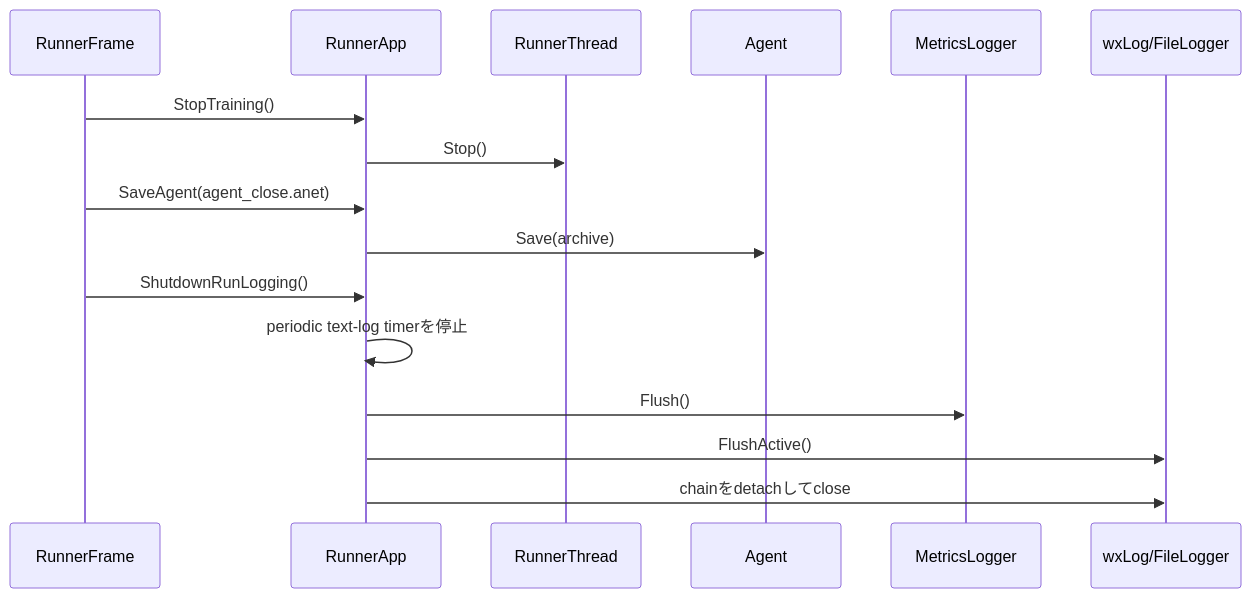
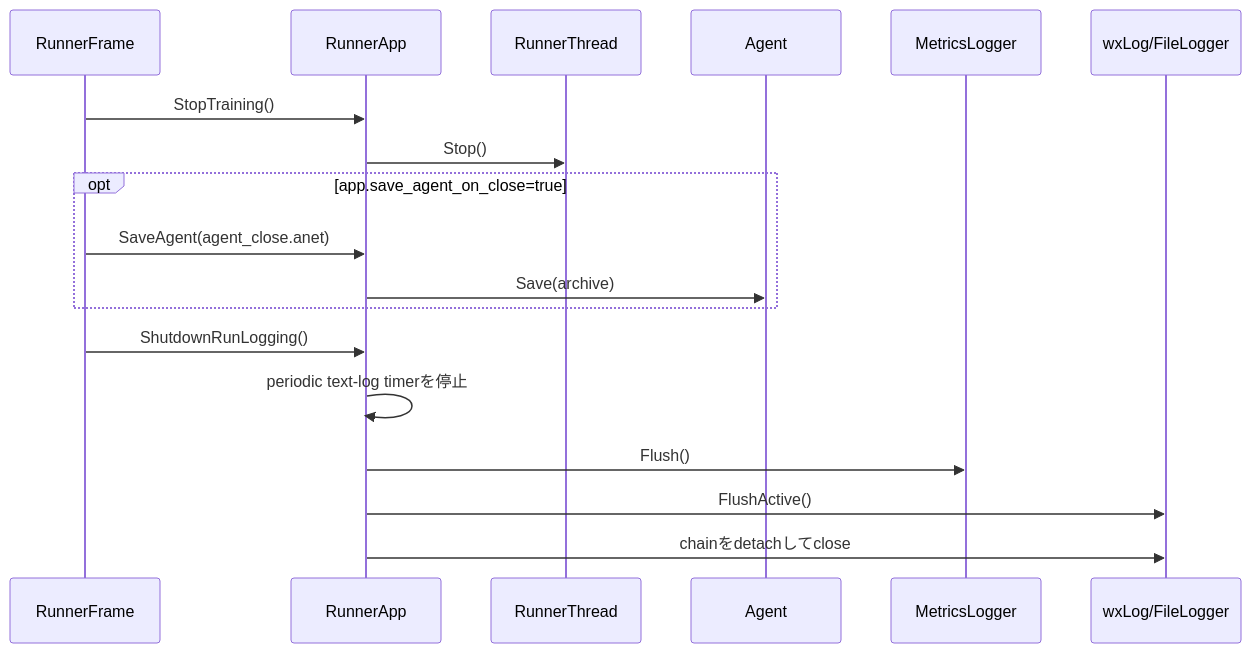
Before and after one commit to kazukin123/anet-lab: the third of 3 diagrams in docs/design/140_observability.jp.md, drawn with Mermaid. The commit also changed 15 other files, not shown here.

````diff
--- a/docs/design/140_observability.jp.md
+++ b/docs/design/140_observability.jp.md
@@ -153,19 +153,21 @@
 ```mermaid
 sequenceDiagram
     participant UI as RunnerFrame
     participant A as RunnerApp
     participant T as RunnerThread
     participant G as Agent
     participant M as MetricsLogger
     participant L as wxLog/FileLogger
 
     UI->>A: StopTraining()
     A->>T: Stop()
-    UI->>A: SaveAgent(agent_close.anet)
-    A->>G: Save(archive)
+    opt app.save_agent_on_close=true
+        UI->>A: SaveAgent(agent_close.anet)
+        A->>G: Save(archive)
+    end
     UI->>A: ShutdownRunLogging()
     A->>A: periodic text-log timerを停止
     A->>M: Flush()
     A->>L: FlushActive()
     A->>L: chainをdetachしてclose
 ```
````
